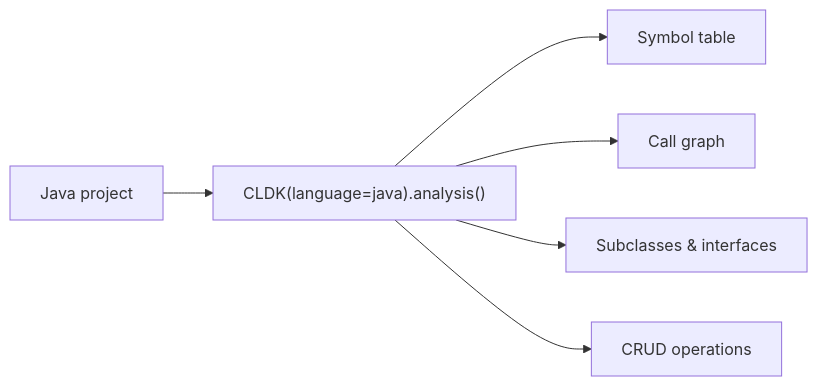
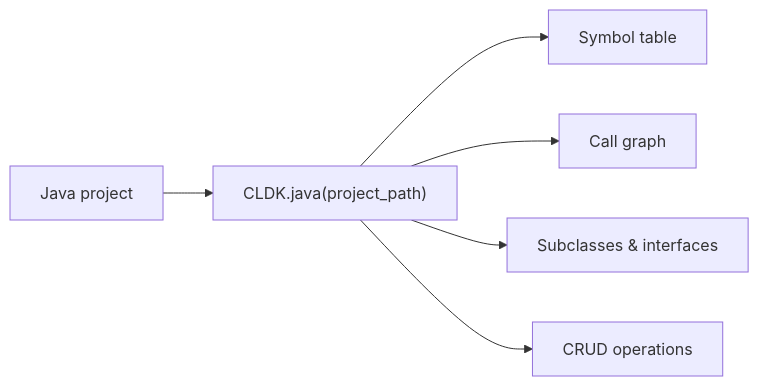
Before and after one commit to codellm-devkit/docs: the diagram in src/content/docs/reference/python-api/java.md, drawn with Mermaid. The commit also changed other lines of this file and 19 other files, not shown here.

````diff
--- a/src/content/docs/reference/python-api/java.md
+++ b/src/content/docs/reference/python-api/java.md
@@ -17,8 +18,8 @@
 ```mermaid
 flowchart LR
-    P[Java project] --> A["CLDK(language=java).analysis()"]
+    P[Java project] --> A["CLDK.java(project_path)"]
     A --> S[Symbol table]
     A --> CG[Call graph]
     A --> H[Subclasses & interfaces]
     A --> CR[CRUD operations]
 ```
````
